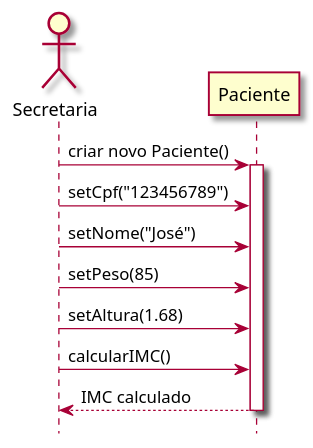
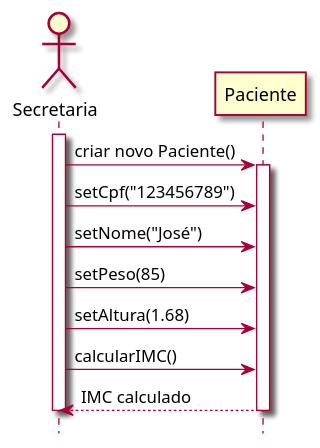
One commit to FabioFlorencio/plantUML changed the diagram in diagramas/sequencia/3-exemplo.plantuml. Above: the diagram before and after it, drawn with PlantUML. The commit also changed 4 other files, not shown here.

```diff
--- a/diagramas/sequencia/3-exemplo.plantuml
+++ b/diagramas/sequencia/3-exemplo.plantuml
@@ -1,19 +1,20 @@
 @startuml
 
 skin rose
 hide footbox
 
 actor Secretaria as Secretaria
 participant Paciente as Paciente
-
+activate Secretaria
 Secretaria -> Paciente : criar novo Paciente()
 activate Paciente
 Secretaria -> Paciente : setCpf("123456789")
 Secretaria -> Paciente : setNome("José")
 Secretaria -> Paciente : setPeso(85)
 Secretaria -> Paciente : setAltura(1.68)
 Secretaria -> Paciente : calcularIMC()
 Paciente --> Secretaria : IMC calculado
 deactivate Paciente
+deactivate Secretaria
 
 @enduml
```
